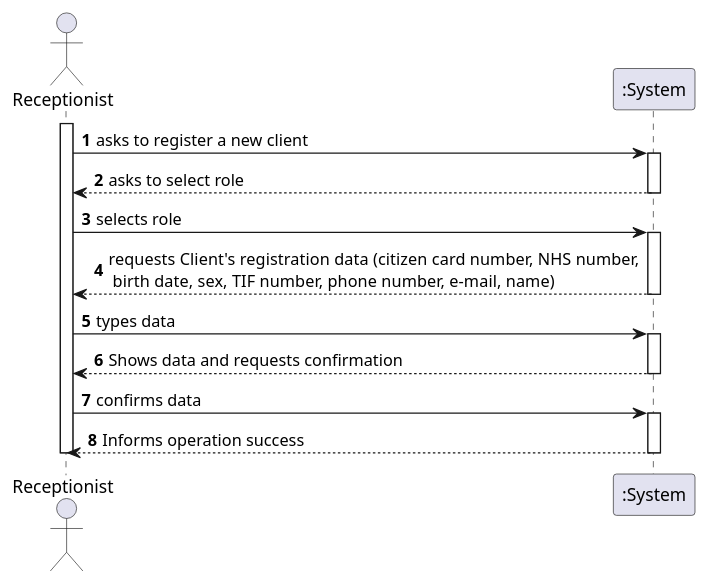
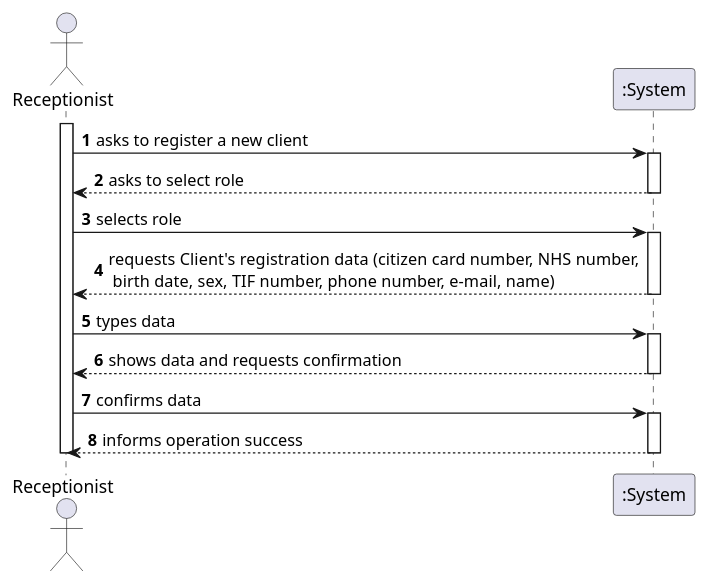
One commit to MarianaCLages/LAPR2 changed the diagram in docs/SprintB/US03/US3_SSD.puml. Above: the diagram before and after it, drawn with PlantUML. The commit also changed 10 other files, not shown here.

```diff
--- a/docs/SprintB/US03/US3_SSD.puml
+++ b/docs/SprintB/US03/US3_SSD.puml
@@ -1,26 +1,26 @@
 @startuml
 autonumber
 
 actor Receptionist as R
 participant ":System" as S
 
 activate R
 R -> S: asks to register a new client
 activate S
 S --> R: asks to select role
 deactivate S
 R -> S: selects role
 activate S
 S --> R: requests Client's registration data (citizen card number, NHS number,\n birth date, sex, TIF number, phone number, e-mail, name)
 deactivate S
 R -> S: types data
 activate S
-R <-- S: Shows data and requests confirmation
+R <-- S: shows data and requests confirmation
 deactivate S
 R -> S: confirms data
 activate S
-S --> R : Informs operation success
+S --> R : informs operation success
 deactivate S
 deactivate R
 
 @enduml
```
